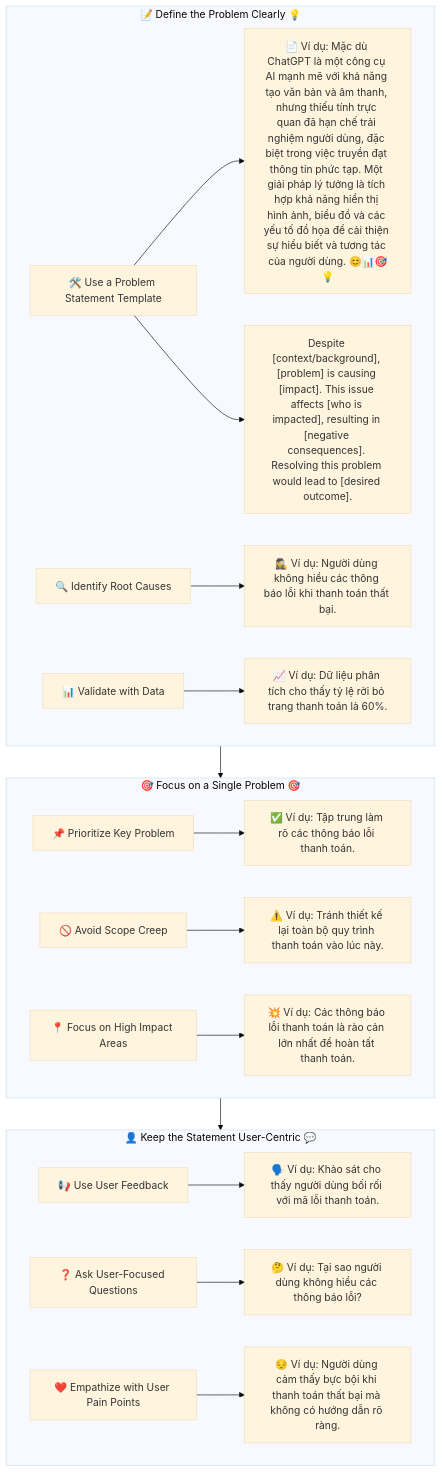
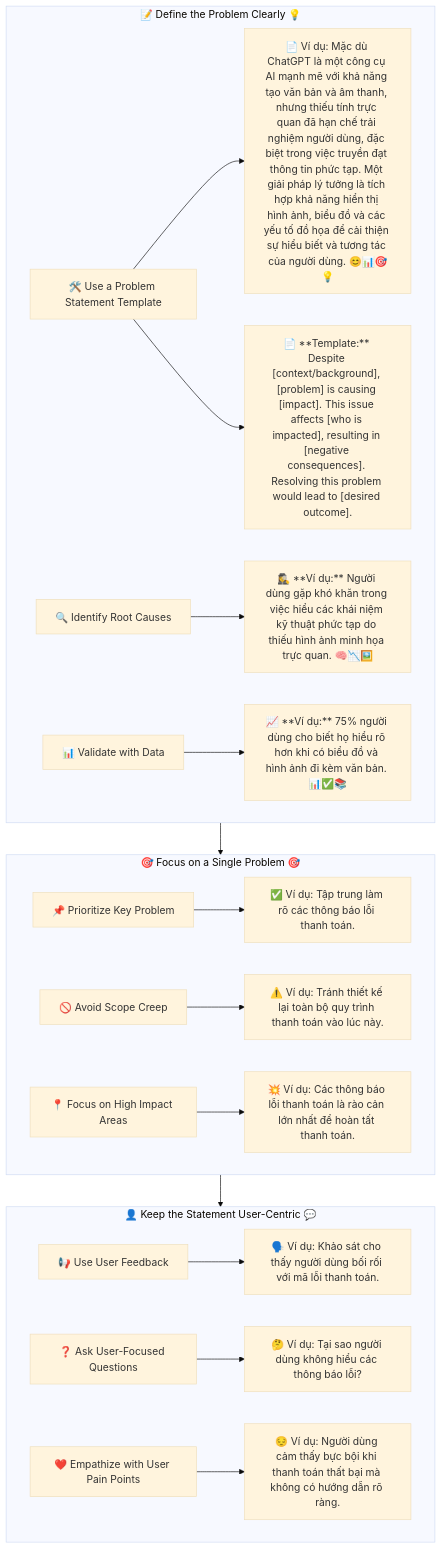
Before and after one commit to qtvhao/quickcurl: the diagram in docs/designsprintkit/phases/01-Understand/02-Understand-the-Problem/02-Problem-Framing/01-Map.mmd, drawn with Mermaid (base theme). The commit also changed 1 other file, not shown here.

Commit message:
Enhance problem framing examples with clearer templates and visual aids for better understanding

```diff
--- a/docs/designsprintkit/phases/01-Understand/02-Understand-the-Problem/02-Problem-Framing/01-Map.mmd
+++ b/docs/designsprintkit/phases/01-Understand/02-Understand-the-Problem/02-Problem-Framing/01-Map.mmd
@@ -1,25 +1,25 @@
 flowchart TD
     %% Define the Problem Clearly
     subgraph A1[📝 Define the Problem Clearly 💡]
         B1[🛠️ Use a Problem Statement Template] --> E1["📄 Ví dụ: Mặc dù ChatGPT là một công cụ AI mạnh mẽ với khả năng tạo văn bản và âm thanh, nhưng thiếu tính trực quan đã hạn chế trải nghiệm người dùng, đặc biệt trong việc truyền đạt thông tin phức tạp. Một giải pháp lý tưởng là tích hợp khả năng hiển thị hình ảnh, biểu đồ và các yếu tố đồ họa để cải thiện sự hiểu biết và tương tác của người dùng. 😊📊🎯💡"]
-        B1[🛠️ Use a Problem Statement Template] --> E4["Despite [context/background], [problem] is causing [impact]. This issue affects [who is impacted], resulting in [negative consequences]. Resolving this problem would lead to [desired outcome]."]
-        B2[🔍 Identify Root Causes] --> E2["🕵️‍♀️ Ví dụ: Người dùng không hiểu các thông báo lỗi khi thanh toán thất bại."]
-        B3[📊 Validate with Data] --> E3["📈 Ví dụ: Dữ liệu phân tích cho thấy tỷ lệ rời bỏ trang thanh toán là 60%."]
+        B1 --> E4["📄 **Template:** Despite [context/background], [problem] is causing [impact]. This issue affects [who is impacted], resulting in [negative consequences]. Resolving this problem would lead to [desired outcome]."]
+        B2[🔍 Identify Root Causes] --> E2["🕵️‍♀️ **Ví dụ:** Người dùng gặp khó khăn trong việc hiểu các khái niệm kỹ thuật phức tạp do thiếu hình ảnh minh họa trực quan. 🧠📉🖼️"]
+        B3[📊 Validate with Data] --> E3["📈 **Ví dụ:** 75% người dùng cho biết họ hiểu rõ hơn khi có biểu đồ và hình ảnh đi kèm văn bản. 📊✅📚"]
     end
 
     %% Focus on a Single Problem
     subgraph A2[🎯 Focus on a Single Problem 🎯]
         C1[📌 Prioritize Key Problem] --> F1["✅ Ví dụ: Tập trung làm rõ các thông báo lỗi thanh toán."]
         C2[🚫 Avoid Scope Creep] --> F2["⚠️ Ví dụ: Tránh thiết kế lại toàn bộ quy trình thanh toán vào lúc này."]
         C3[📍 Focus on High Impact Areas] --> F3["💥 Ví dụ: Các thông báo lỗi thanh toán là rào cản lớn nhất để hoàn tất thanh toán."]
     end
 
     %% Keep the Statement User-Centric
     subgraph A3[👤 Keep the Statement User-Centric 💬]
         D1[📢 Use User Feedback] --> G1["🗣️ Ví dụ: Khảo sát cho thấy người dùng bối rối với mã lỗi thanh toán."]
         D2[❓ Ask User-Focused Questions] --> G2["🤔 Ví dụ: Tại sao người dùng không hiểu các thông báo lỗi?"]
         D3[❤️ Empathize with User Pain Points] --> G3["😔 Ví dụ: Người dùng cảm thấy bực bội khi thanh toán thất bại mà không có hướng dẫn rõ ràng."]
     end
 
     %% Connect Subgraphs in Order
     A1 --> A2 --> A3
```
